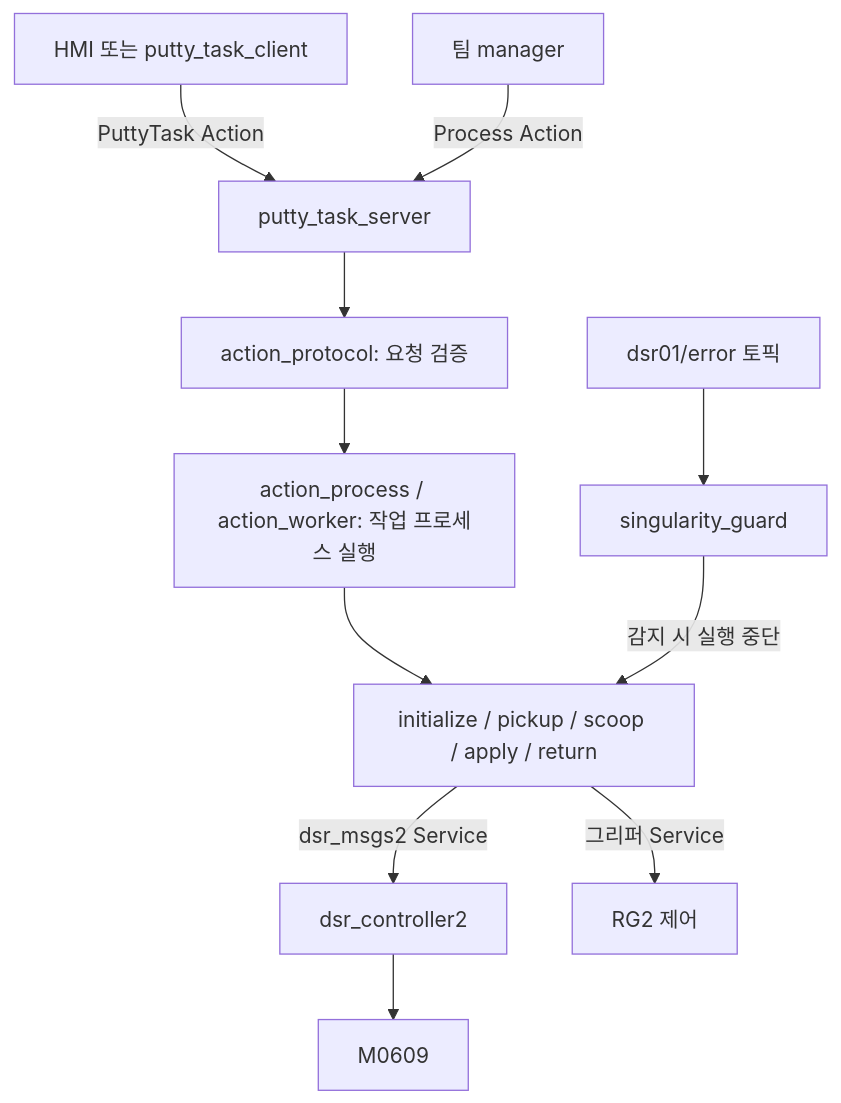
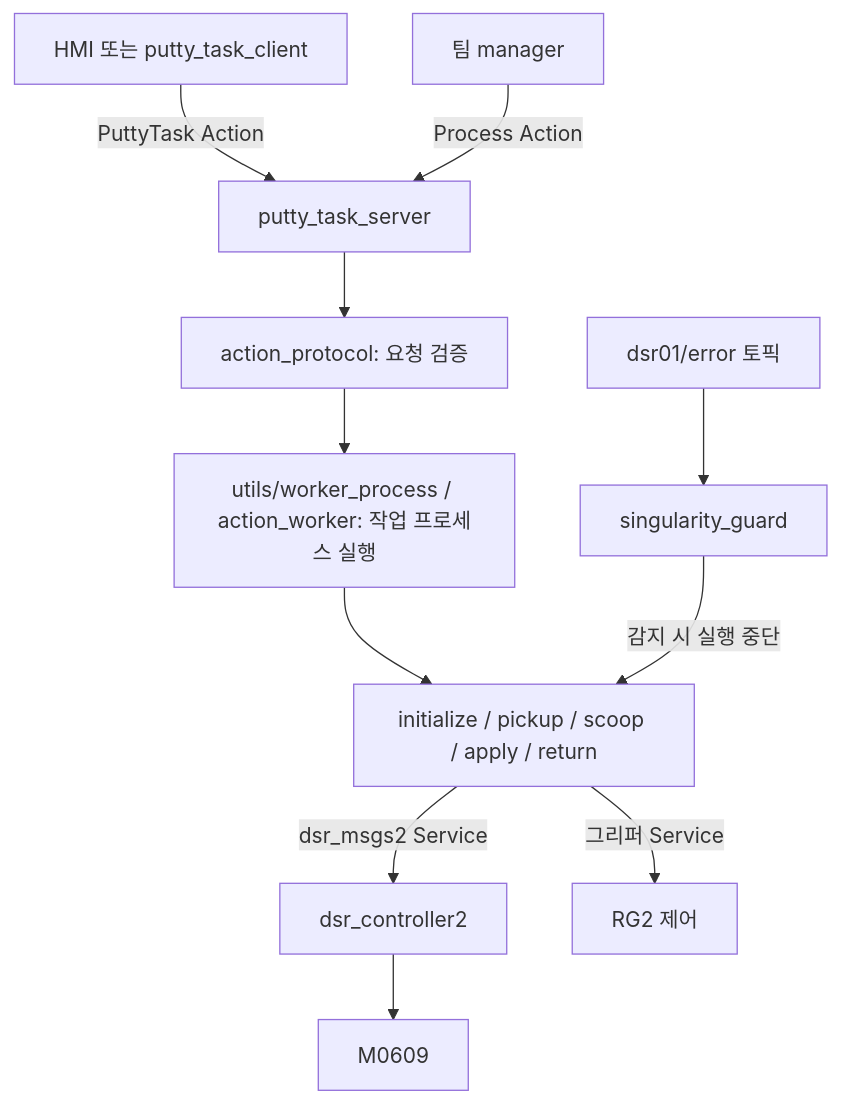
Before and after one commit to HOTEASIK/rokey_team_ai_workspace: the diagram in 협동-1_ROS2_자동화공정/rokey1_ws/putty_demo/actions_skill.md, drawn with Mermaid. The commit also changed other lines of this file and 176 other files, not shown here.

````diff
--- a/협동-1_ROS2_자동화공정/rokey1_ws/putty_demo/actions_skill.md
+++ b/협동-1_ROS2_자동화공정/rokey1_ws/putty_demo/actions_skill.md
@@ -45,13 +45,13 @@
 ```mermaid
 flowchart TD
     H[HMI 또는 putty_task_client] -->|PuttyTask Action| S[putty_task_server]
     M[팀 manager] -->|Process Action| S
     S --> V[action_protocol: 요청 검증]
-    V --> W[action_process / action_worker: 작업 프로세스 실행]
+    V --> W[utils/worker_process / action_worker: 작업 프로세스 실행]
     W --> N[initialize / pickup / scoop / apply / return]
     N -->|dsr_msgs2 Service| D[dsr_controller2]
     D --> R[M0609]
     N -->|그리퍼 Service| G[RG2 제어]
     E[dsr01/error 토픽] --> Q[singularity_guard]
     Q -->|감지 시 실행 중단| N
 ```
````
